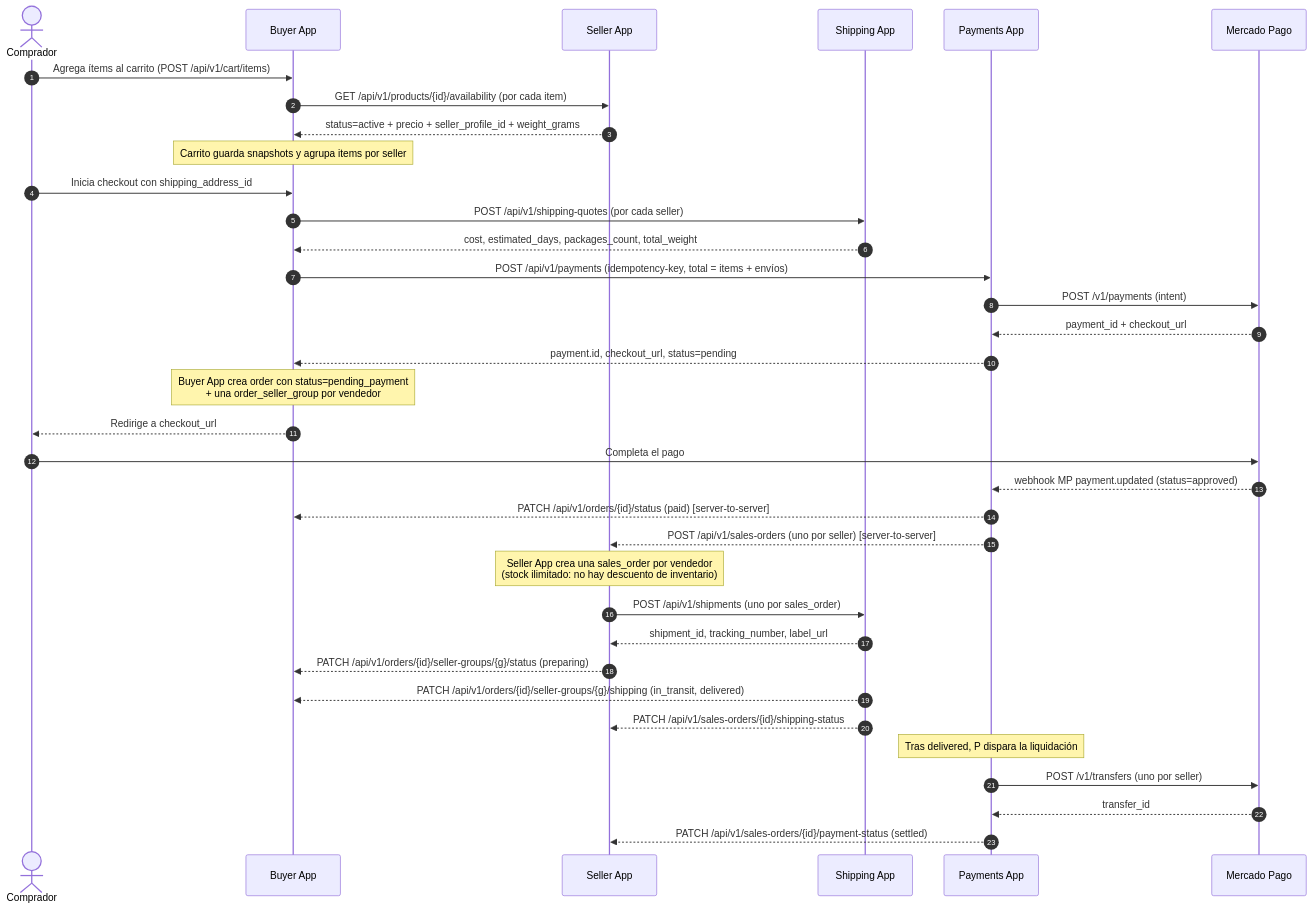
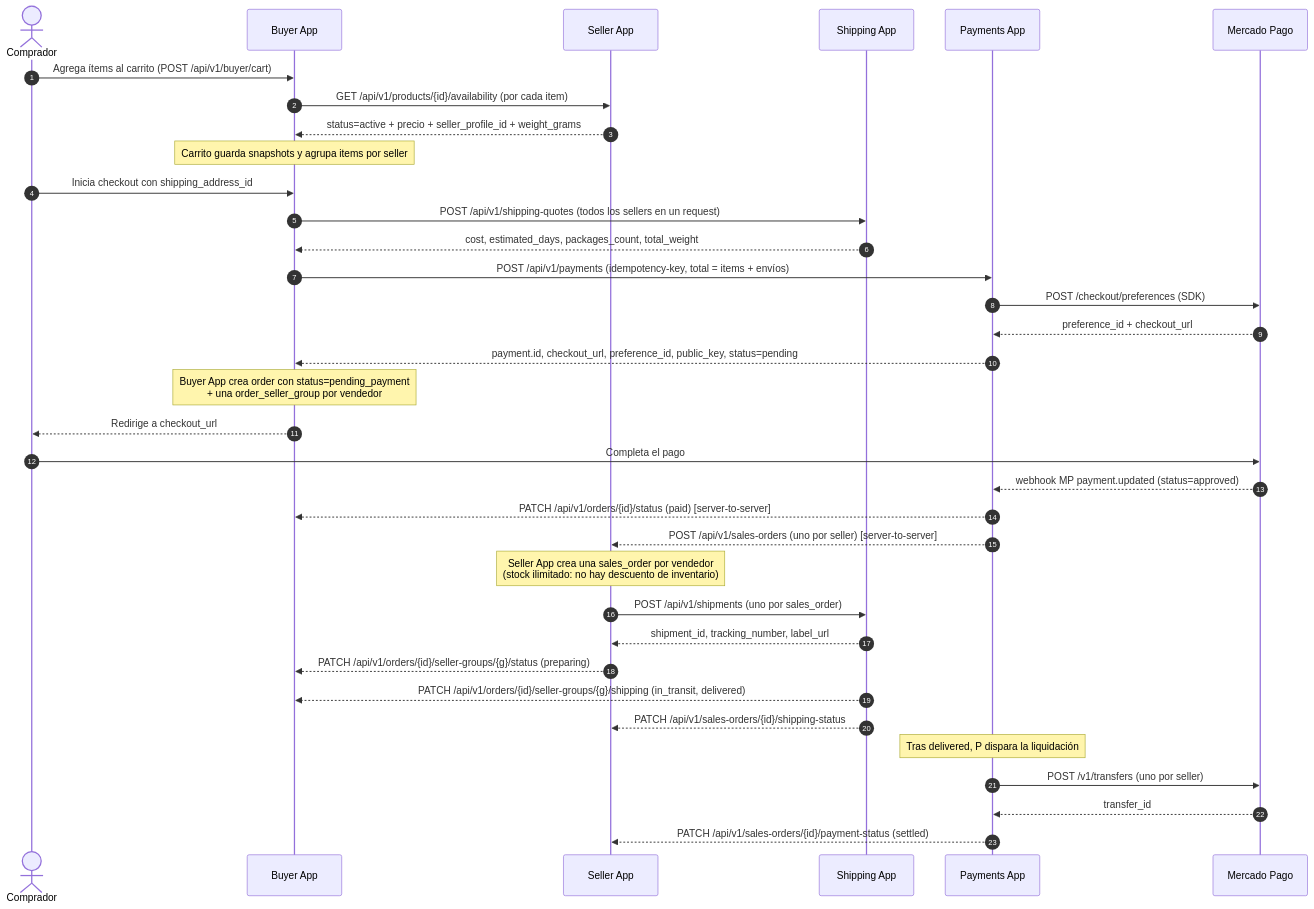
The first of 5 diagrams in documentacion/01-descripcion.md (IAW-2026/proyecto-c-buyer2-bicimarket), drawn with Mermaid before and after one commit. The commit also changed other lines of this file and 11 other files, not shown here.

````diff
--- a/documentacion/01-descripcion.md
+++ b/documentacion/01-descripcion.md
@@ -64,38 +64,38 @@
 ```mermaid
 sequenceDiagram
     autonumber
     actor C as Comprador
     participant B as Buyer App
     participant S as Seller App
     participant SH as Shipping App
     participant P as Payments App
     participant MP as Mercado Pago
 
-    C->>B: Agrega ítems al carrito (POST /api/v1/cart/items)
+    C->>B: Agrega ítems al carrito (POST /api/v1/buyer/cart)
     B->>S: GET /api/v1/products/{id}/availability (por cada item)
     S-->>B: status=active + precio + seller_profile_id + weight_grams
     note over B: Carrito guarda snapshots y agrupa items por seller
     C->>B: Inicia checkout con shipping_address_id
-    B->>SH: POST /api/v1/shipping-quotes (por cada seller)
+    B->>SH: POST /api/v1/shipping-quotes (todos los sellers en un request)
     SH-->>B: cost, estimated_days, packages_count, total_weight
     B->>P: POST /api/v1/payments (idempotency-key, total = items + envíos)
-    P->>MP: POST /v1/payments (intent)
-    MP-->>P: payment_id + checkout_url
-    P-->>B: payment.id, checkout_url, status=pending
+    P->>MP: POST /checkout/preferences (SDK)
+    MP-->>P: preference_id + checkout_url
+    P-->>B: payment.id, checkout_url, preference_id, public_key, status=pending
     note over B: Buyer App crea order con status=pending_payment<br/>+ una order_seller_group por vendedor
     B-->>C: Redirige a checkout_url
     C->>MP: Completa el pago
     MP-->>P: webhook MP payment.updated (status=approved)
     P-->>B: PATCH /api/v1/orders/{id}/status (paid) [server-to-server]
     P-->>S: POST /api/v1/sales-orders (uno por seller) [server-to-server]
     note over S: Seller App crea una sales_order por vendedor<br/>(stock ilimitado: no hay descuento de inventario)
     S->>SH: POST /api/v1/shipments (uno por sales_order)
     SH-->>S: shipment_id, tracking_number, label_url
     S-->>B: PATCH /api/v1/orders/{id}/seller-groups/{g}/status (preparing)
     SH-->>B: PATCH /api/v1/orders/{id}/seller-groups/{g}/shipping (in_transit, delivered)
     SH-->>S: PATCH /api/v1/sales-orders/{id}/shipping-status
     note over P: Tras delivered, P dispara la liquidación
     P->>MP: POST /v1/transfers (uno por seller)
     MP-->>P: transfer_id
     P-->>S: PATCH /api/v1/sales-orders/{id}/payment-status (settled)
 ```
````
